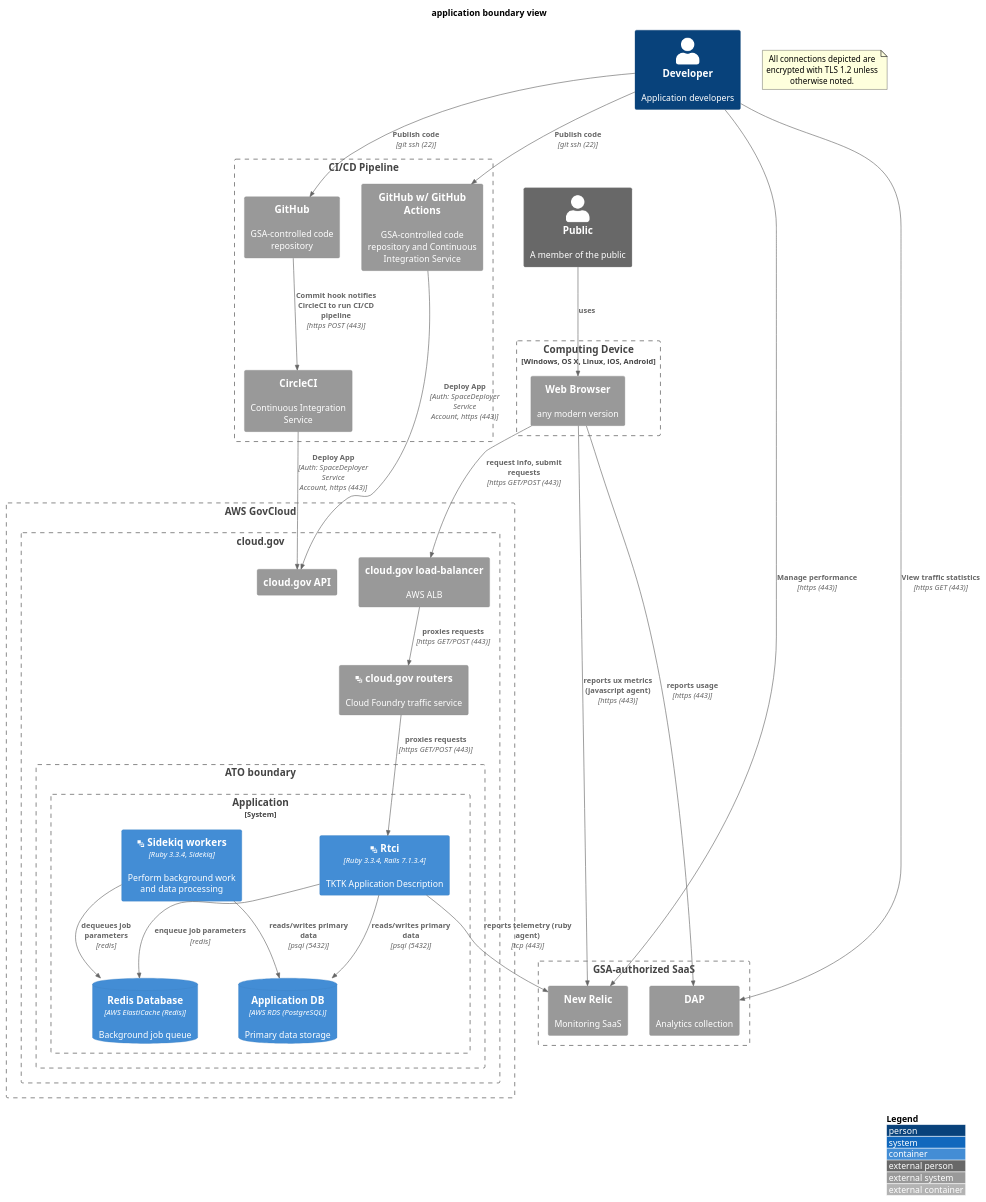
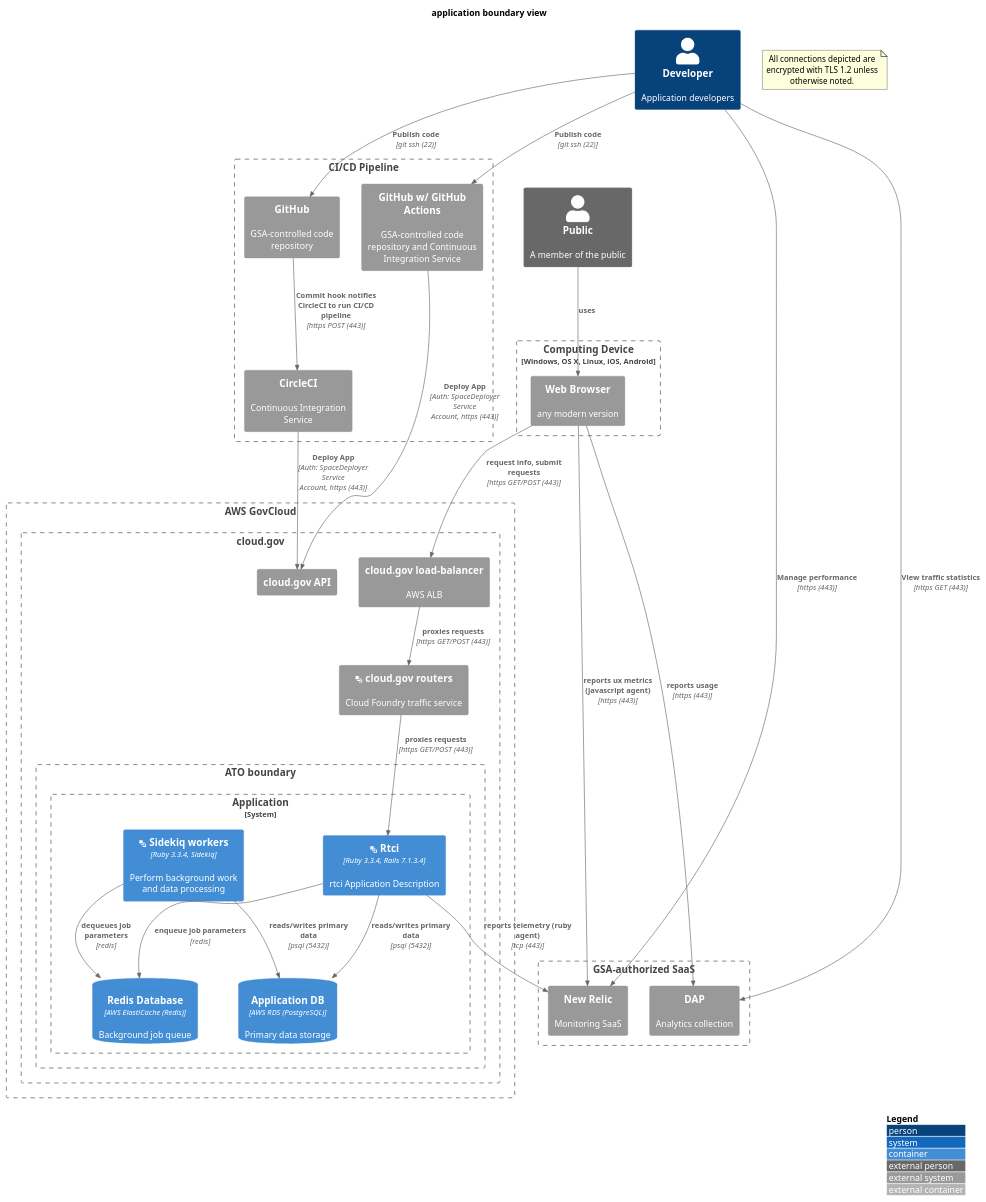
One commit to GSA-TTS/gitlab-ci-rails-template changed the diagram in doc/compliance/apps/application.boundary.md. Above: the diagram before and after it, drawn with PlantUML. The commit also changed 5 other files, not shown here.

````diff
--- a/doc/compliance/apps/application.boundary.md
+++ b/doc/compliance/apps/application.boundary.md
@@ -5,65 +5,65 @@
 ```plantuml
 @startuml
 !include https://raw.githubusercontent.com/plantuml-stdlib/C4-PlantUML/master/C4_Container.puml
 ' uncomment the following line and comment the first to use locally
 ' !include C4_Container.puml
 LAYOUT_WITH_LEGEND()
 title application boundary view
 
 Person_Ext(public, "Public", "A member of the public")
 Person(developer, "Developer", "Application developers")
 
 Boundary(device, "Computing Device", "Windows, OS X, Linux, iOS, Android"){
     System_Ext(browser, "Web Browser", "any modern version")
 }
 Rel(public, browser, "uses", "")
 
 note as EncryptionNote
 All connections depicted are encrypted with TLS 1.2 unless otherwise noted.
 end note
 Boundary(aws, "AWS GovCloud") {
     Boundary(cloudgov, "cloud.gov") {
         System_Ext(cg_api, "cloud.gov API")
         System_Ext(aws_alb, "cloud.gov load-balancer", "AWS ALB")
         System_Ext(cloudgov_router, "<&layers> cloud.gov routers", "Cloud Foundry traffic service")
         Boundary(atob, "ATO boundary") {
             System_Boundary(inventory, "Application") {
-                Container(app, "<&layers> Rtci", "Ruby 3.3.4, Rails 7.1.3.4", "TKTK Application Description")
+                Container(app, "<&layers> Rtci", "Ruby 3.3.4, Rails 7.1.3.4", "rtci Application Description")
                 ContainerDb(app_db, "Application DB", "AWS RDS (PostgreSQL)", "Primary data storage")
                 Container(worker, "<&layers> Sidekiq workers", "Ruby 3.3.4, Sidekiq", "Perform background work and data processing")
                 ContainerDb(redis, "Redis Database", "AWS ElastiCache (Redis)", "Background job queue")
             }
         }
     }
 }
 
 Boundary(gsa_saas, "GSA-authorized SaaS") {
     System_Ext(dap, "DAP", "Analytics collection")
     System_Ext(newrelic, "New Relic", "Monitoring SaaS")
 }
 
 Boundary(cicd, "CI/CD Pipeline") {
     System_Ext(github, "GitHub", "GSA-controlled code repository")
     System_Ext(circleci, "CircleCI", "Continuous Integration Service")
     System_Ext(githuball, "GitHub w/ GitHub Actions", "GSA-controlled code repository and Continuous Integration Service")
 }
 
 Rel(browser, aws_alb, "request info, submit requests", "https GET/POST (443)")
 Rel(aws_alb, cloudgov_router, "proxies requests", "https GET/POST (443)")
 Rel(cloudgov_router, app, "proxies requests", "https GET/POST (443)")
 Rel(app, app_db, "reads/writes primary data", "psql (5432)")
 Rel(app, newrelic, "reports telemetry (ruby agent)", "tcp (443)")
 Rel(browser, newrelic, "reports ux metrics (javascript agent)", "https (443)")
 Rel(developer, newrelic, "Manage performance", "https (443)")
 Rel(browser, dap, "reports usage", "https (443)")
 Rel(developer, dap, "View traffic statistics", "https GET (443)")
 Rel(app, redis, "enqueue job parameters", "redis")
 Rel(worker, redis, "dequeues job parameters", "redis")
 Rel(worker, app_db, "reads/writes primary data", "psql (5432)")
 Rel(developer, githuball, "Publish code", "git ssh (22)")
 Rel(githuball, cg_api, "Deploy App", "Auth: SpaceDeployer Service Account, https (443)")
 Rel(developer, github, "Publish code", "git ssh (22)")
 Rel(github, circleci, "Commit hook notifies CircleCI to run CI/CD pipeline", "https POST (443)")
 Rel(circleci, cg_api, "Deploy App", "Auth: SpaceDeployer Service Account, https (443)")
 @enduml
 ```
````
